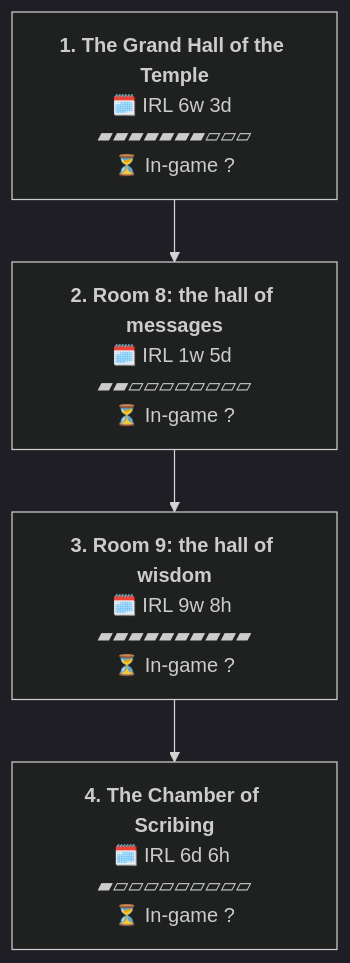
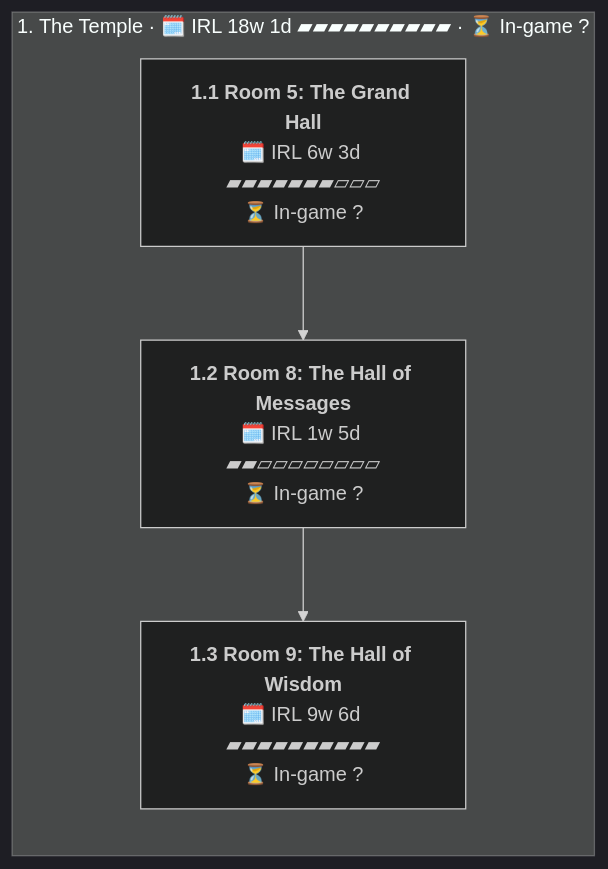
The diagram in Writerside/topics/C04-The-Magni-Guard/C04-Magni-Guard-Timeline.md (LewisIsWorking/PathWarsWiki), drawn with Mermaid (dark theme) before and after one commit. The commit also changed other lines of this file and 6 other files, not shown here.

First line of the commit message:
feat(timeline): rooms inside their areas

````diff
--- a/Writerside/topics/C04-The-Magni-Guard/C04-Magni-Guard-Timeline.md
+++ b/Writerside/topics/C04-The-Magni-Guard/C04-Magni-Guard-Timeline.md
@@ -8,10 +8,11 @@
 ```mermaid
 flowchart TD
-    v0["<b>1. The Grand Hall of the Temple</b><br/>🗓️ IRL 6w 3d ▰▰▰▰▰▰▰▱▱▱<br/>⏳ In-game ?"]
-    v1["<b>2. Room 8: the hall of messages</b><br/>🗓️ IRL 1w 5d ▰▰▱▱▱▱▱▱▱▱<br/>⏳ In-game ?"]
+    subgraph a0["1. The Temple · 🗓️ IRL 18w 1d ▰▰▰▰▰▰▰▰▰▰ · ⏳ In-game ?"]
+    direction TB
+        v0["<b>1.1 Room 5: The Grand Hall</b><br/>🗓️ IRL 6w 3d ▰▰▰▰▰▰▰▱▱▱<br/>⏳ In-game ?"]
+        v1["<b>1.2 Room 8: The Hall of Messages</b><br/>🗓️ IRL 1w 5d ▰▰▱▱▱▱▱▱▱▱<br/>⏳ In-game ?"]
+        v2["<b>1.3 Room 9: The Hall of Wisdom</b><br/>🗓️ IRL 9w 6d ▰▰▰▰▰▰▰▰▰▰<br/>⏳ In-game ?"]
+    end
     v0 --> v1
-    v2["<b>3. Room 9: the hall of wisdom</b><br/>🗓️ IRL 9w 8h ▰▰▰▰▰▰▰▰▰▰<br/>⏳ In-game ?"]
     v1 --> v2
-    v3["<b>4. The Chamber of Scribing</b><br/>🗓️ IRL 6d 6h ▰▱▱▱▱▱▱▱▱▱<br/>⏳ In-game ?"]
-    v2 --> v3
 ```
````
